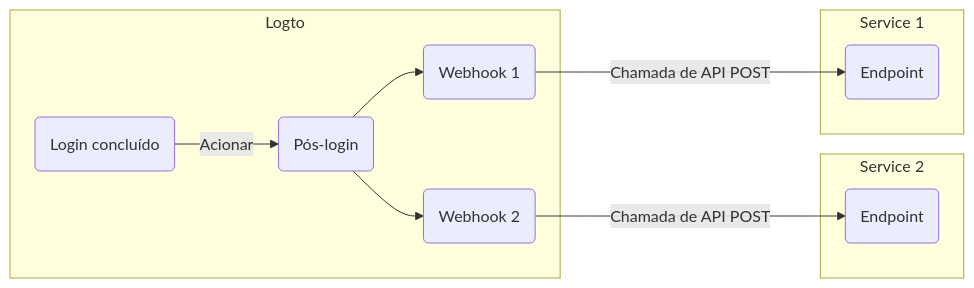
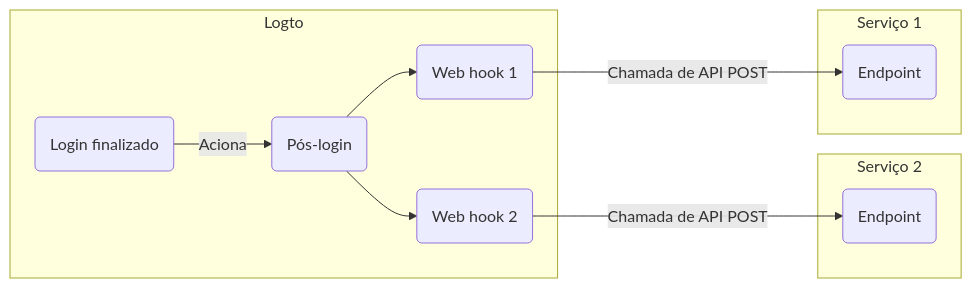
One commit to logto-io/docs changed the diagram in i18n/pt-BR/docusaurus-plugin-content-docs/current/developers/webhooks/README.mdx. Above: the diagram before and after it, drawn with Mermaid. The commit also changed other lines of this file and 357 other files, not shown here.

````diff
--- a/i18n/pt-BR/docusaurus-plugin-content-docs/current/developers/webhooks/README.mdx
+++ b/i18n/pt-BR/docusaurus-plugin-content-docs/current/developers/webhooks/README.mdx
@@ -36,24 +36,24 @@
 ```mermaid
 graph LR
   subgraph Logto
-    SF(Login concluído)
+    SF(Login finalizado)
     PS(Pós-login)
-    WH2(Webhook 2)
-    WH1(Webhook 1)
+    WH2(Web hook 2)
+    WH1(Web hook 1)
   end
 
-  subgraph Service 2
+  subgraph Serviço 2
     E2(Endpoint)
   end
 
-  subgraph Service 1
+  subgraph Serviço 1
     E1(Endpoint)
   end
 
-  SF -->|Acionar| PS
+  SF -->|Aciona| PS
   PS --> WH1
   PS --> WH2
   WH1 --->|Chamada de API POST| E1
   WH2 --->|Chamada de API POST| E2
 
 ```
````
